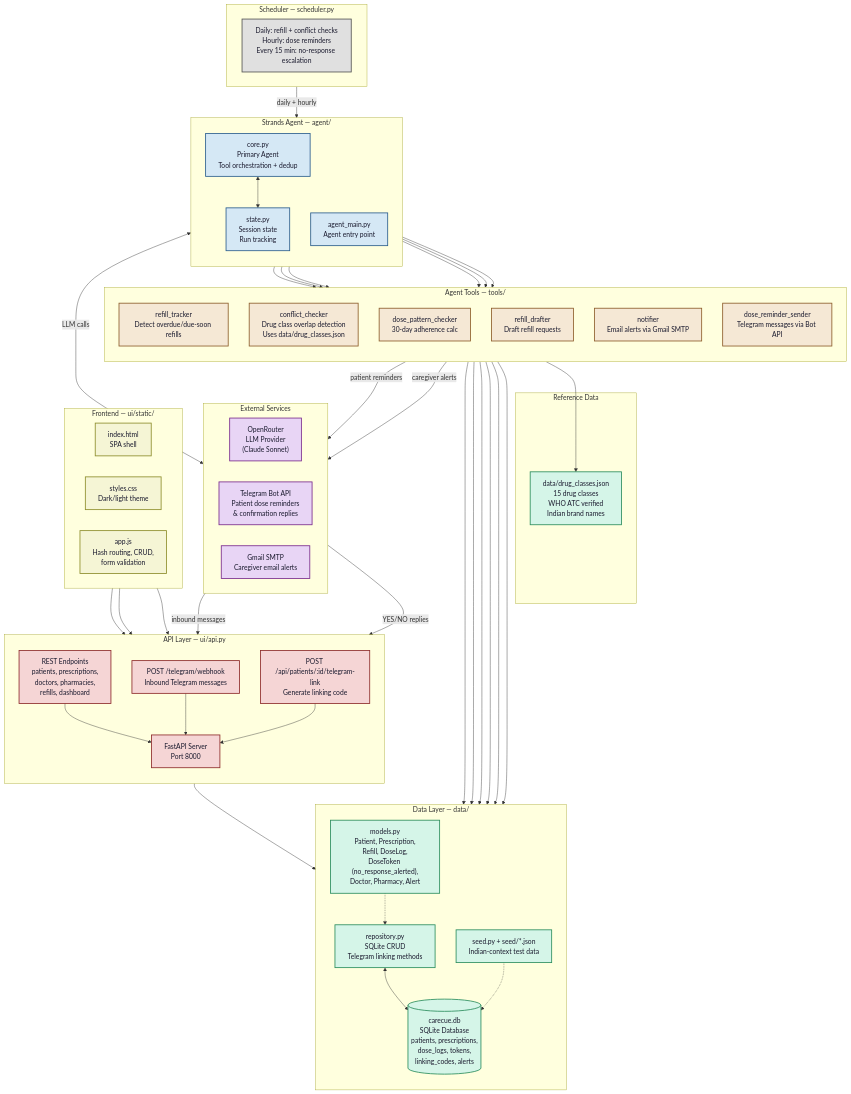
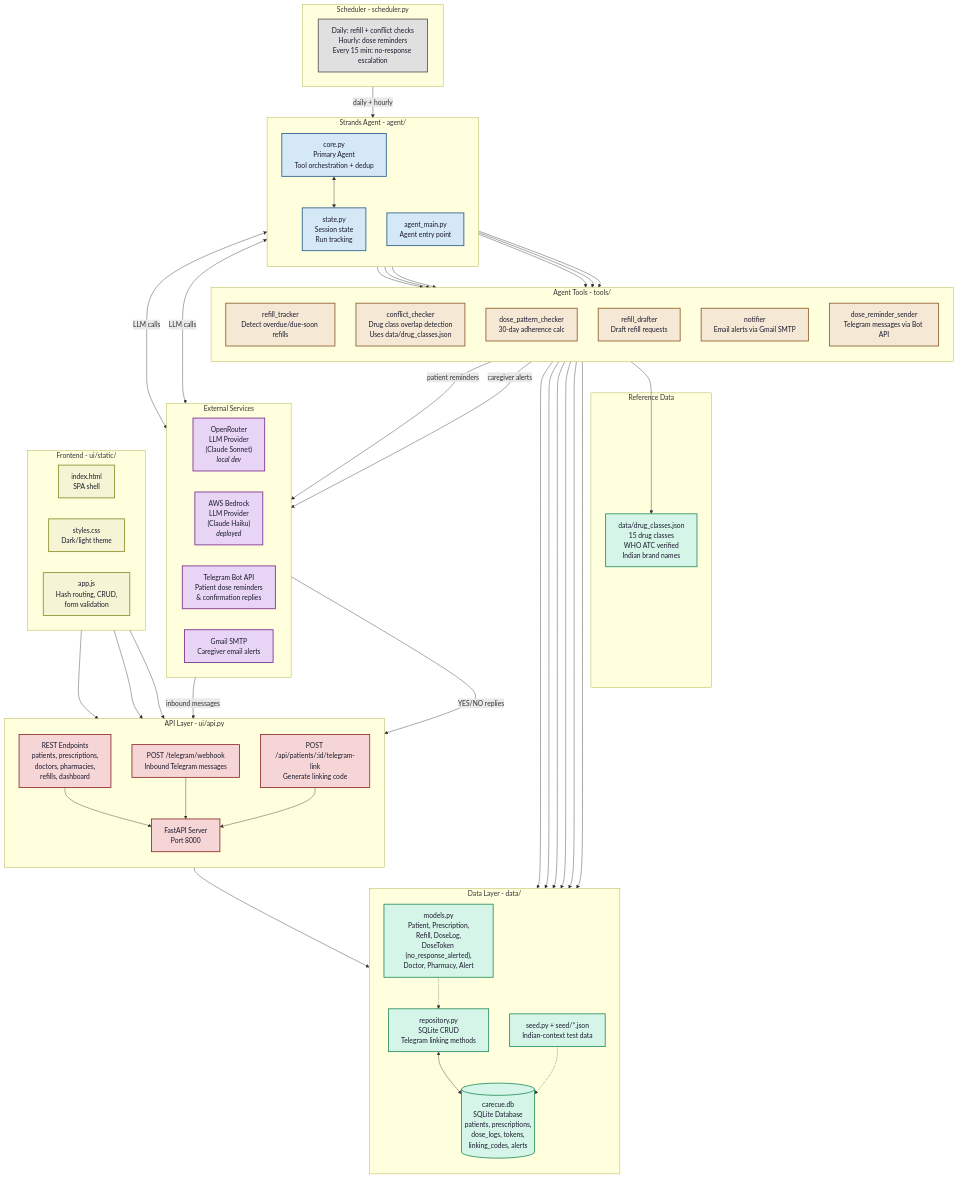
One commit to Biswajit-17/CareCue-Agent changed the diagram in docs/architecture.md. Above: the diagram before and after it, drawn with Mermaid. The commit also changed other lines of this file and 22 other files, not shown here.

First line of the commit message:
Add AgentCore deployment config and update docs

```diff
--- a/docs/architecture.md
+++ b/docs/architecture.md
@@ -4,24 +4,25 @@
 flowchart TB
     subgraph External["External Services"]
         direction LR
-        OR["OpenRouter<br/>LLM Provider<br/>(Claude Sonnet)"]
+        OR["OpenRouter<br/>LLM Provider<br/>(Claude Sonnet)<br/><i>local dev</i>"]
+        BED["AWS Bedrock<br/>LLM Provider<br/>(Claude Haiku)<br/><i>deployed</i>"]
         TG["Telegram Bot API<br/>Patient dose reminders<br/>& confirmation replies"]
         GMAIL["Gmail SMTP<br/>Caregiver email alerts"]
     end
 
-    subgraph Scheduler["Scheduler — scheduler.py"]
+    subgraph Scheduler["Scheduler  -  scheduler.py"]
         direction LR
         SCHED["Daily: refill + conflict checks<br/>Hourly: dose reminders<br/>Every 15 min: no-response escalation"]
     end
 
-    subgraph Agent["Strands Agent — agent/"]
+    subgraph Agent["Strands Agent  -  agent/"]
         direction TB
         CORE["core.py<br/>Primary Agent<br/>Tool orchestration + dedup"]
         STATE["state.py<br/>Session state<br/>Run tracking"]
         AGENT_MAIN["agent_main.py<br/>Agent entry point"]
     end
 
-    subgraph Tools["Agent Tools — tools/"]
+    subgraph Tools["Agent Tools  -  tools/"]
         direction TB
         T1["refill_tracker<br/>Detect overdue/due-soon refills"]
         T2["conflict_checker<br/>Drug class overlap detection<br/>Uses data/drug_classes.json"]
@@ -35,7 +36,7 @@
         DRUGS["data/drug_classes.json<br/>15 drug classes<br/>WHO ATC verified<br/>Indian brand names"]
     end
 
-    subgraph Data["Data Layer — data/"]
+    subgraph Data["Data Layer  -  data/"]
         direction TB
         REPO["repository.py<br/>SQLite CRUD<br/>Telegram linking methods"]
         DB[("carecue.db<br/>SQLite Database<br/>patients, prescriptions,<br/>dose_logs, tokens,<br/>linking_codes, alerts")]
@@ -43,7 +44,7 @@
         SEED["seed.py + seed/*.json<br/>Indian-context test data"]
     end
 
-    subgraph API["API Layer — ui/api.py"]
+    subgraph API["API Layer  -  ui/api.py"]
         direction TB
         FASTAPI["FastAPI Server<br/>Port 8000"]
         REST["REST Endpoints<br/>patients, prescriptions,<br/>doctors, pharmacies,<br/>refills, dashboard"]
@@ -51,7 +52,7 @@
         LINK["POST /api/patients/:id/telegram-link<br/>Generate linking code"]
     end
 
-    subgraph Frontend["Frontend — ui/static/"]
+    subgraph Frontend["Frontend  -  ui/static/"]
         direction LR
         HTML["index.html<br/>SPA shell"]
         CSS["styles.css<br/>Dark/light theme"]
@@ -74,6 +75,7 @@
 
     %% Agent model provider
     CORE <-->|"LLM calls"| OR
+    CORE <-->|"LLM calls"| BED
 
     %% Tools use data layer
     T1 --> REPO
@@ -117,7 +119,7 @@
     classDef frontend fill:#f5f5d5,stroke:#8e8e2d,stroke-width:2px,color:#1a1a2e
     classDef scheduler fill:#e0e0e0,stroke:#555,stroke-width:2px,color:#1a1a2e
 
-    class OR,TG,GMAIL external
+    class OR,BED,TG,GMAIL external
     class CORE,STATE,AGENT_MAIN agent
     class T1,T2,T3,T4,T5,T6 tools
     class REPO,DB,MODELS,SEED,DRUGS data
```
